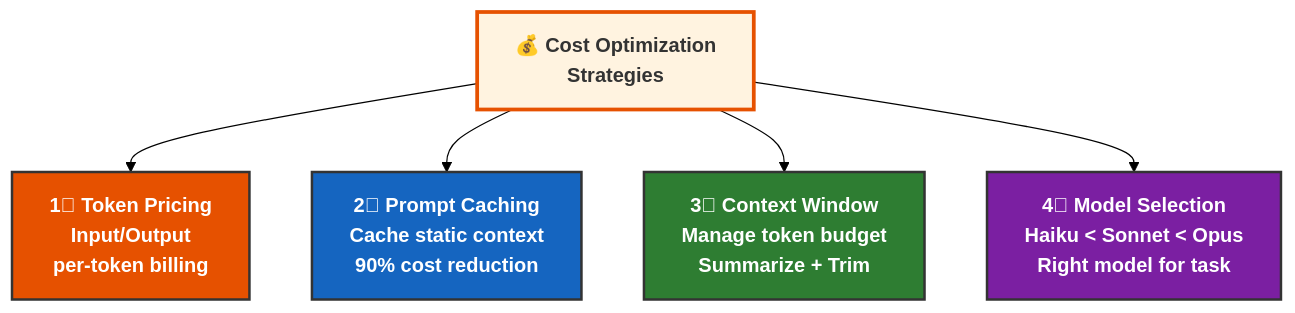
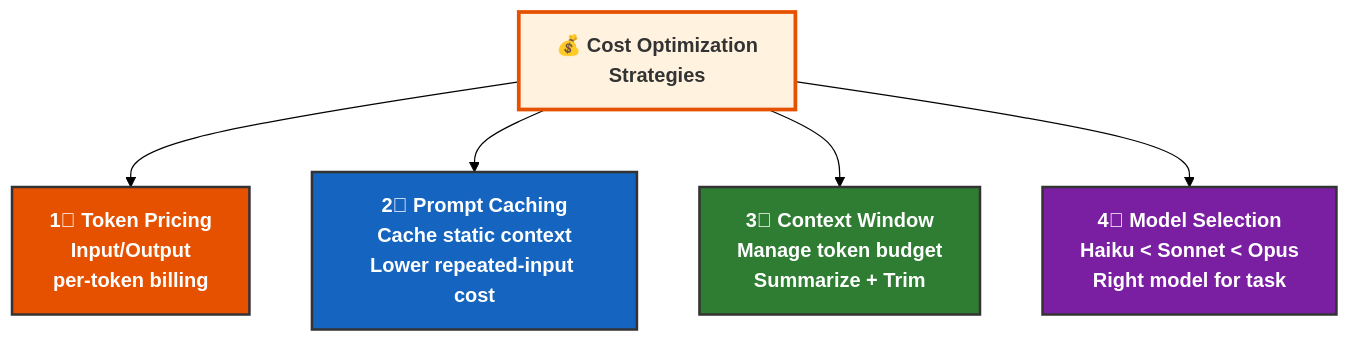
Before and after one commit to yeasy/claude_guide: the diagram in 10_optimization/README.md, drawn with Mermaid (forest theme). The commit also changed 44 other files, not shown here.

````diff
--- a/10_optimization/README.md
+++ b/10_optimization/README.md
@@ -5,14 +5,14 @@
 ```mermaid
 graph TD
     classDef s1 fill:#E65100,stroke:#333,stroke-width:2px,color:white,font-weight:bold
     classDef s2 fill:#1565C0,stroke:#333,stroke-width:2px,color:white,font-weight:bold
     classDef s3 fill:#2E7D32,stroke:#333,stroke-width:2px,color:white,font-weight:bold
     classDef s4 fill:#7B1FA2,stroke:#333,stroke-width:2px,color:white,font-weight:bold
     classDef center fill:#FFF3E0,stroke:#E65100,stroke-width:3px,color:#333,font-weight:bold
 
     C["💰 Cost Optimization<br/>Strategies"]:::center
     C --> T["1⃣ Token Pricing<br/>Input/Output<br/>per-token billing"]:::s1
-    C --> P["2⃣ Prompt Caching<br/>Cache static context<br/>90% cost reduction"]:::s2
+    C --> P["2⃣ Prompt Caching<br/>Cache static context<br/>Lower repeated-input cost"]:::s2
     C --> W["3⃣ Context Window<br/>Manage token budget<br/>Summarize + Trim"]:::s3
     C --> M["4⃣ Model Selection<br/>Haiku < Sonnet < Opus<br/>Right model for task"]:::s4
 ```
````
